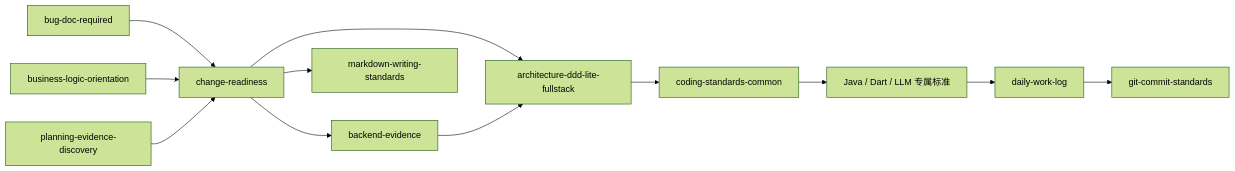
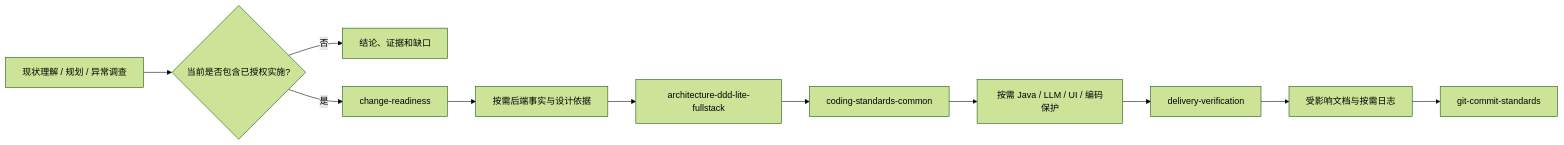
Before and after one commit to exception-coder/team-standards: the diagram in docs/skill-dependencies.md, drawn with Mermaid (forest theme). The commit also changed other lines of this file and 5 other files, not shown here.

````diff
--- a/docs/skill-dependencies.md
+++ b/docs/skill-dependencies.md
@@ -5,14 +7,13 @@
 ```mermaid
 flowchart LR
-    DESIGN["change-readiness"] --> ARCH["architecture-ddd-lite-fullstack"]
-    BUG["bug-doc-required"] --> DESIGN
-    ORIENTATION["business-logic-orientation"] --> DESIGN
-    PLAN["planning-evidence-discovery"] --> DESIGN
-    DESIGN --> KG["backend-evidence"]
-    DESIGN --> MARKDOWN["markdown-writing-standards"]
-    KG --> ARCH
+    ANALYSIS["现状理解 / 规划 / 异常调查"] --> SCOPE{"当前是否包含已授权实施?"}
+    SCOPE -->|"否"| ANSWER["结论、证据和缺口"]
+    SCOPE -->|"是"| DESIGN["change-readiness"]
+    DESIGN --> FACTS["按需后端事实与设计依据"]
+    FACTS --> ARCH["architecture-ddd-lite-fullstack"]
     ARCH --> COMMON["coding-standards-common"]
-    COMMON --> LANGUAGE["Java / Dart / LLM 专属标准"]
-    LANGUAGE --> LOG["daily-work-log"]
-    LOG --> COMMIT["git-commit-standards"]
+    COMMON --> SPECIAL["按需 Java / LLM / UI / 编码保护"]
+    SPECIAL --> VERIFY["delivery-verification"]
+    VERIFY --> SYNC["受影响文档与按需日志"]
+    SYNC --> COMMIT["git-commit-standards"]
 ```
````
